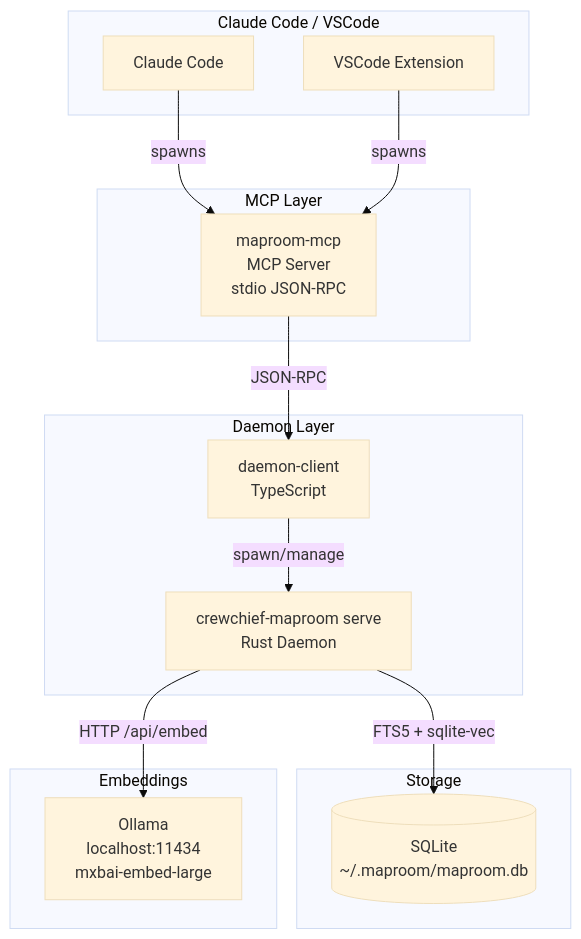
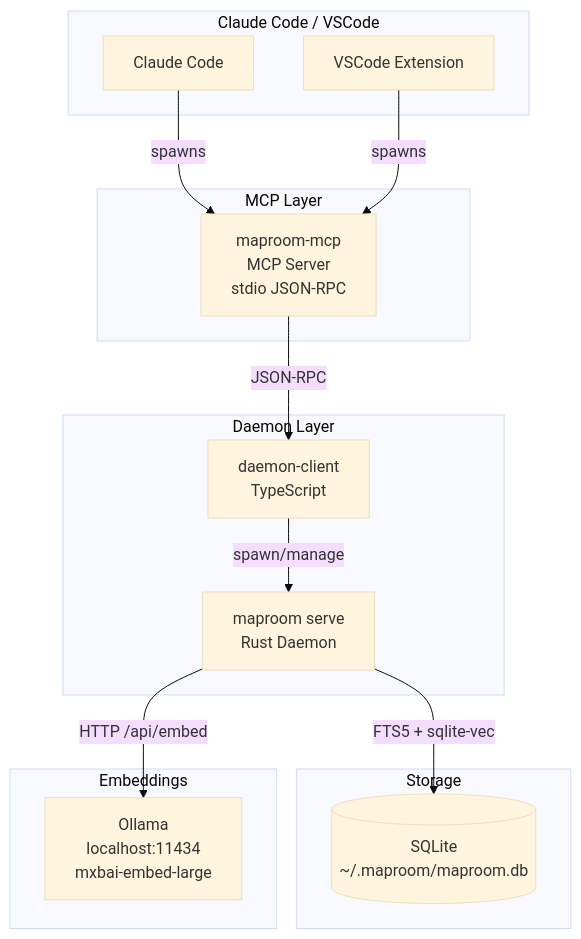
One commit to manifoldlogic/crewchief changed the first of 4 diagrams in docs/architecture/overview.md. Above: the diagram before and after it, drawn with Mermaid (base theme). The commit also changed 64 other files, not shown here.

First line of the commit message:
fix: replace all stale crewchief-maproom references with maproom

````diff
--- a/docs/architecture/overview.md
+++ b/docs/architecture/overview.md
@@ -7,31 +7,31 @@
 ```mermaid
 graph TB
     subgraph "Claude Code / VSCode"
         CC[Claude Code]
         VS[VSCode Extension]
     end
 
     subgraph "MCP Layer"
         MCP[maproom-mcp<br/>MCP Server<br/>stdio JSON-RPC]
     end
 
     subgraph "Daemon Layer"
         DC[daemon-client<br/>TypeScript]
-        DM[crewchief-maproom serve<br/>Rust Daemon]
+        DM[maproom serve<br/>Rust Daemon]
     end
 
     subgraph "Storage"
         DB[(SQLite<br/>~/.maproom/maproom.db)]
     end
 
     subgraph "Embeddings"
         OL[Ollama<br/>localhost:11434<br/>mxbai-embed-large]
     end
 
     CC -->|spawns| MCP
     VS -->|spawns| MCP
     MCP -->|JSON-RPC| DC
     DC -->|spawn/manage| DM
     DM -->|FTS5 + sqlite-vec| DB
     DM -->|HTTP /api/embed| OL
 ```
````
